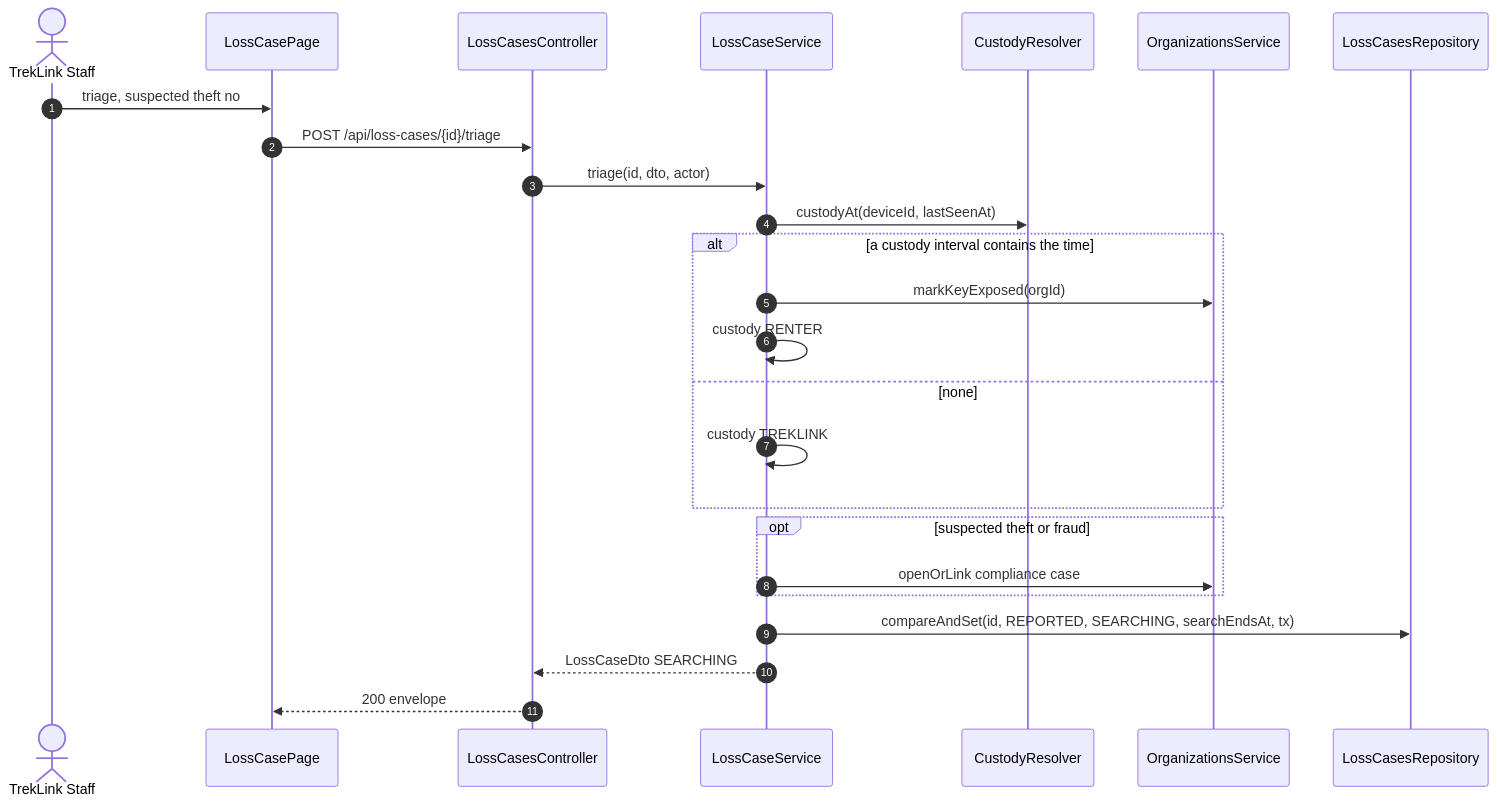
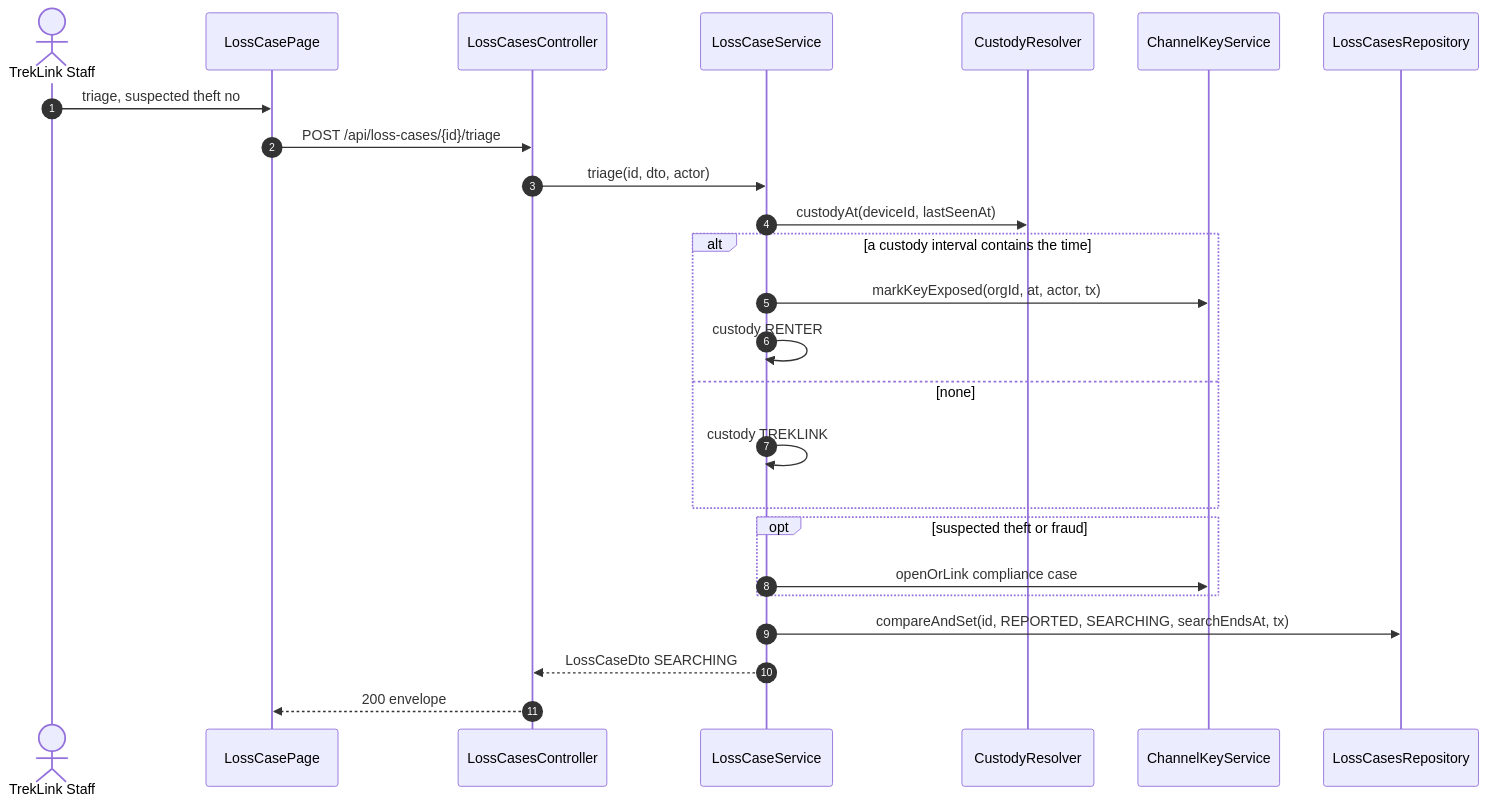
Before and after one commit to TrekLink-Team/treklink-web: diagram 11 of 18 in specs/devices/design.md, drawn with Mermaid. The commit also changed other lines of this file and 9 other files, not shown here.

First line of the commit message:
fix(TK-120): review of markKeyExposed, devices specs name the real call

````diff
--- a/specs/devices/design.md
+++ b/specs/devices/design.md
@@ -426,27 +426,27 @@
 ```mermaid
 sequenceDiagram
     autonumber
     actor St as TrekLink Staff
     participant P as LossCasePage
     participant C as LossCasesController
     participant S as LossCaseService
     participant Rt as CustodyResolver
-    participant O as OrganizationsService
+    participant O as ChannelKeyService
     participant R as LossCasesRepository
     St->>P: triage, suspected theft no
     P->>C: POST /api/loss-cases/{id}/triage
     C->>S: triage(id, dto, actor)
     S->>Rt: custodyAt(deviceId, lastSeenAt)
     alt a custody interval contains the time
-        S->>O: markKeyExposed(orgId)
+        S->>O: markKeyExposed(orgId, at, actor, tx)
         S->>S: custody RENTER
     else none
         S->>S: custody TREKLINK
     end
     opt suspected theft or fraud
         S->>O: openOrLink compliance case
     end
     S->>R: compareAndSet(id, REPORTED, SEARCHING, searchEndsAt, tx)
     S-->>C: LossCaseDto SEARCHING
     C-->>P: 200 envelope
 ```
````
